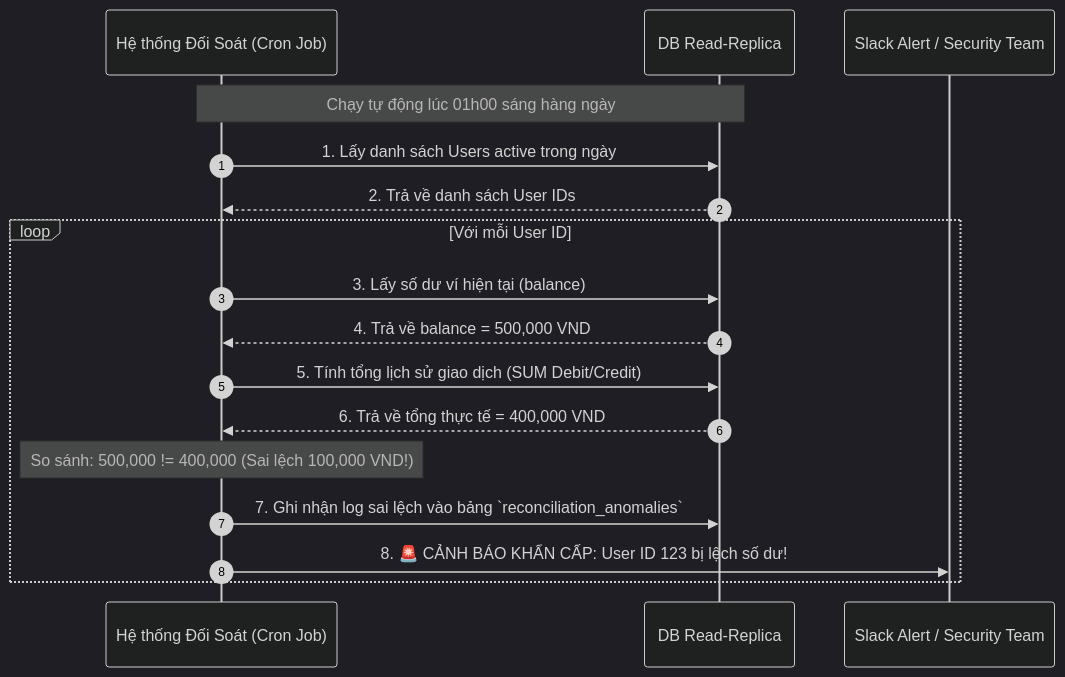
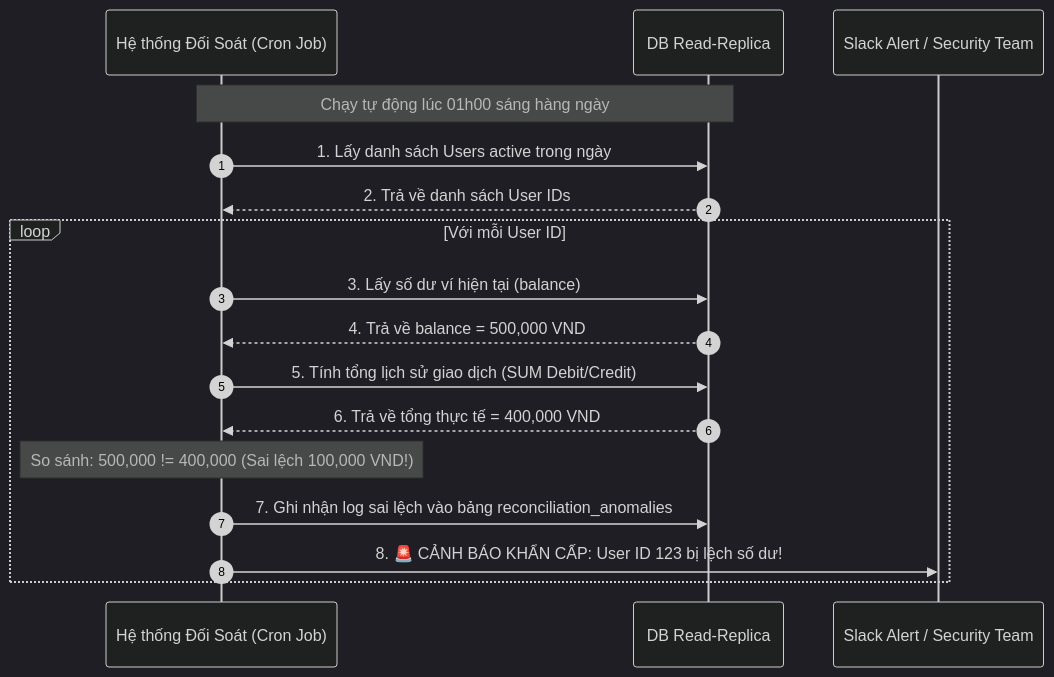
Before and after one commit to quangddoo/cv: the diagram in src/data/answers/c2_s11_q1.md, drawn with Mermaid (dark theme). The commit also changed 57 other files, not shown here.

Commit message:
feat: add markdown parser, mermaid validation script, and answer content files

````diff
--- a/src/data/answers/c2_s11_q1.md
+++ b/src/data/answers/c2_s11_q1.md
@@ -73,24 +73,24 @@
 ```mermaid
 sequenceDiagram
     autonumber
     participant Cron as Hệ thống Đối Soát (Cron Job)
     participant DB_Replica as DB Read-Replica
     participant Slack as Slack Alert / Security Team
 
     Note over Cron,DB_Replica: Chạy tự động lúc 01h00 sáng hàng ngày
     Cron->>DB_Replica: 1. Lấy danh sách Users active trong ngày
     DB_Replica-->>Cron: 2. Trả về danh sách User IDs
 
     loop Với mỗi User ID
         Cron->>DB_Replica: 3. Lấy số dư ví hiện tại (balance)
         DB_Replica-->>Cron: 4. Trả về balance = 500,000 VND
         
         Cron->>DB_Replica: 5. Tính tổng lịch sử giao dịch (SUM Debit/Credit)
         DB_Replica-->>Cron: 6. Trả về tổng thực tế = 400,000 VND
         
         Note over Cron: So sánh: 500,000 != 400,000 (Sai lệch 100,000 VND!)
         
-        Cron->>DB_Replica: 7. Ghi nhận log sai lệch vào bảng `reconciliation_anomalies`
+        Cron->>DB_Replica: 7. Ghi nhận log sai lệch vào bảng reconciliation_anomalies
         Cron->>Slack: 8. 🚨 CẢNH BÁO KHẨN CẤP: User ID 123 bị lệch số dư!
     end
 ```
````
